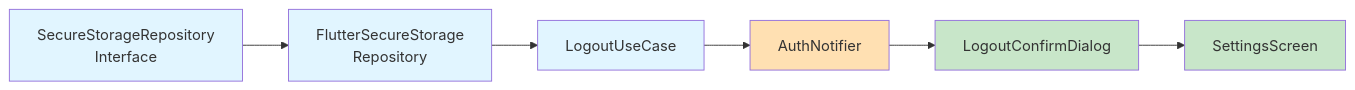
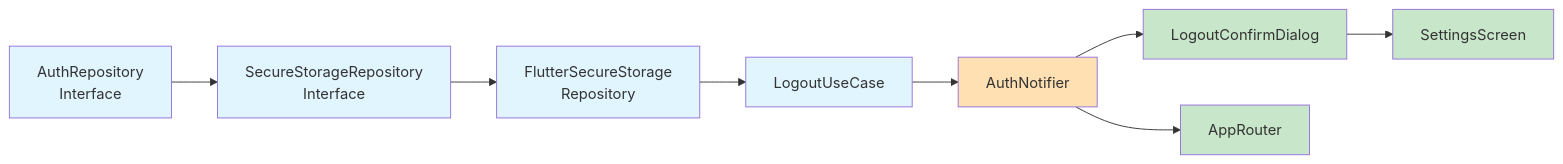
Before and after one commit to pcepyon/n06: the second of 2 diagrams in docs/010/plan.md, drawn with Mermaid. The commit also changed other lines of this file and 13 other files, not shown here.

````diff
--- a/docs/010/plan.md
+++ b/docs/010/plan.md
@@ -410,15 +578,19 @@
 ```mermaid
 graph LR
-    A[SecureStorageRepository<br/>Interface] --> B[FlutterSecureStorage<br/>Repository]
-    B --> C[LogoutUseCase]
-    C --> D[AuthNotifier]
-    D --> E[LogoutConfirmDialog]
-    E --> F[SettingsScreen]
+    A[AuthRepository<br/>Interface] --> B[SecureStorageRepository<br/>Interface]
+    B --> C[FlutterSecureStorage<br/>Repository]
+    C --> D[LogoutUseCase]
+    D --> E[AuthNotifier]
+    E --> F[LogoutConfirmDialog]
+    F --> G[SettingsScreen]
+    E --> H[AppRouter]
 
     style A fill:#e1f5ff
     style B fill:#e1f5ff
     style C fill:#e1f5ff
-    style D fill:#ffe0b2
-    style E fill:#c8e6c9
+    style D fill:#e1f5ff
+    style E fill:#ffe0b2
     style F fill:#c8e6c9
+    style G fill:#c8e6c9
+    style H fill:#c8e6c9
 ```
````
